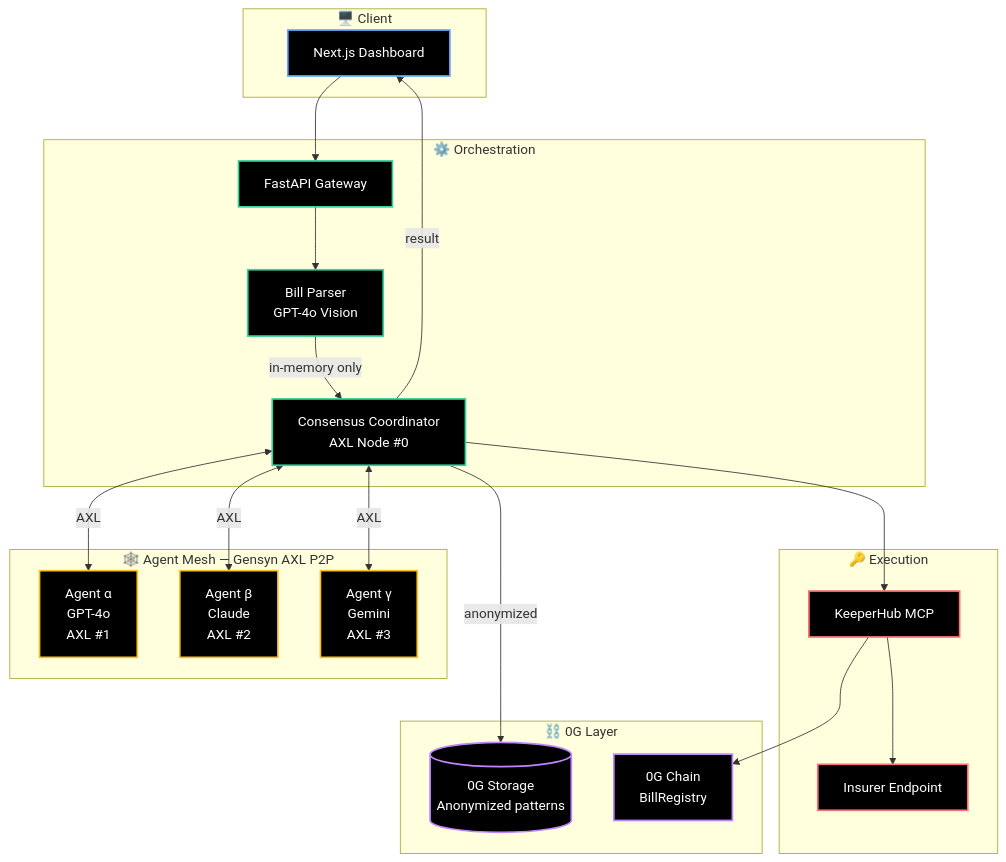
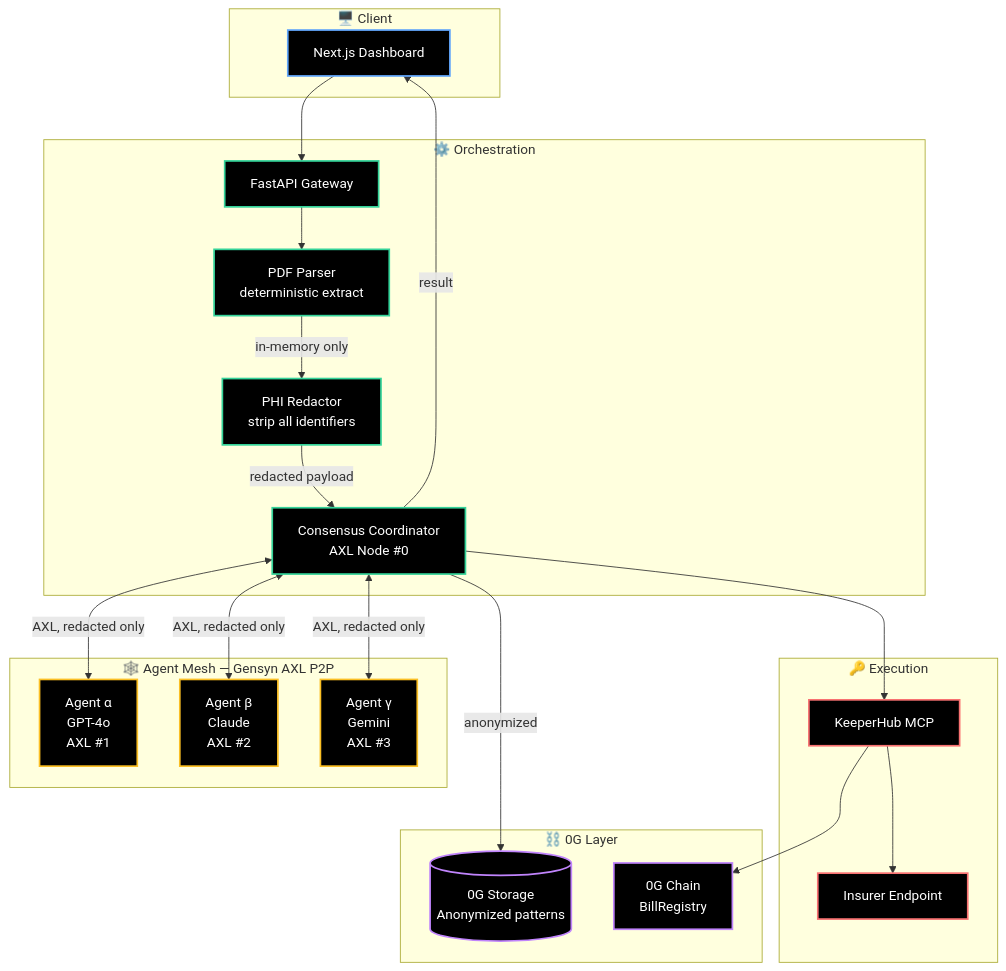
The diagram in README.md (jhatch3/lethe-), drawn with Mermaid before and after one commit. The commit also changed other lines of this file and 1 other file, not shown here.

Commit message:
read me change to pdf parser

````diff
--- a/README.md
+++ b/README.md
@@ -85,49 +85,51 @@
 ```mermaid
 flowchart TB
     subgraph Client["🖥️ Client"]
         UI[Next.js Dashboard]
     end
 
     subgraph Orchestration["⚙️ Orchestration"]
         API[FastAPI Gateway]
-        Parser[Bill Parser<br/>GPT-4o Vision]
+        Parser[PDF Parser<br/>deterministic extract]
+        Redactor[PHI Redactor<br/>strip all identifiers]
         Coordinator[Consensus Coordinator<br/>AXL Node #0]
     end
 
     subgraph AgentMesh["🕸️ Agent Mesh — Gensyn AXL P2P"]
         A1[Agent α<br/>GPT-4o<br/>AXL #1]
         A2[Agent β<br/>Claude<br/>AXL #2]
         A3[Agent γ<br/>Gemini<br/>AXL #3]
     end
 
     subgraph ZeroG["⛓️ 0G Layer"]
         ZGStorage[(0G Storage<br/>Anonymized patterns)]
         ZGChain[0G Chain<br/>BillRegistry]
     end
 
     subgraph Execution["🔑 Execution"]
         KH[KeeperHub MCP]
         Insurer[Insurer Endpoint]
     end
 
     UI --> API --> Parser
-    Parser -->|in-memory only| Coordinator
-    Coordinator <-->|AXL| A1 & A2 & A3
+    Parser -->|in-memory only| Redactor
+    Redactor -->|redacted payload| Coordinator
+    Coordinator <-->|AXL, redacted only| A1 & A2 & A3
     Coordinator -->|anonymized| ZGStorage
     Coordinator --> KH
     KH --> ZGChain
     KH --> Insurer
     Coordinator -->|result| UI
 
     classDef client    fill:#000,stroke:#60a5fa,stroke-width:2px,color:#fff
     classDef orch      fill:#000,stroke:#34d399,stroke-width:2px,color:#fff
     classDef agent     fill:#000,stroke:#fbbf24,stroke-width:2px,color:#fff
     classDef chain     fill:#000,stroke:#c084fc,stroke-width:2px,color:#fff
     classDef exec      fill:#000,stroke:#f87171,stroke-width:2px,color:#fff
 
     class UI client
-    class API,Parser,Coordinator orch
+    class API,Parser,Redactor,Coordinator orch
     class A1,A2,A3 agent
     class ZGStorage,ZGChain chain
     class KH,Insurer exec
 ```
````
